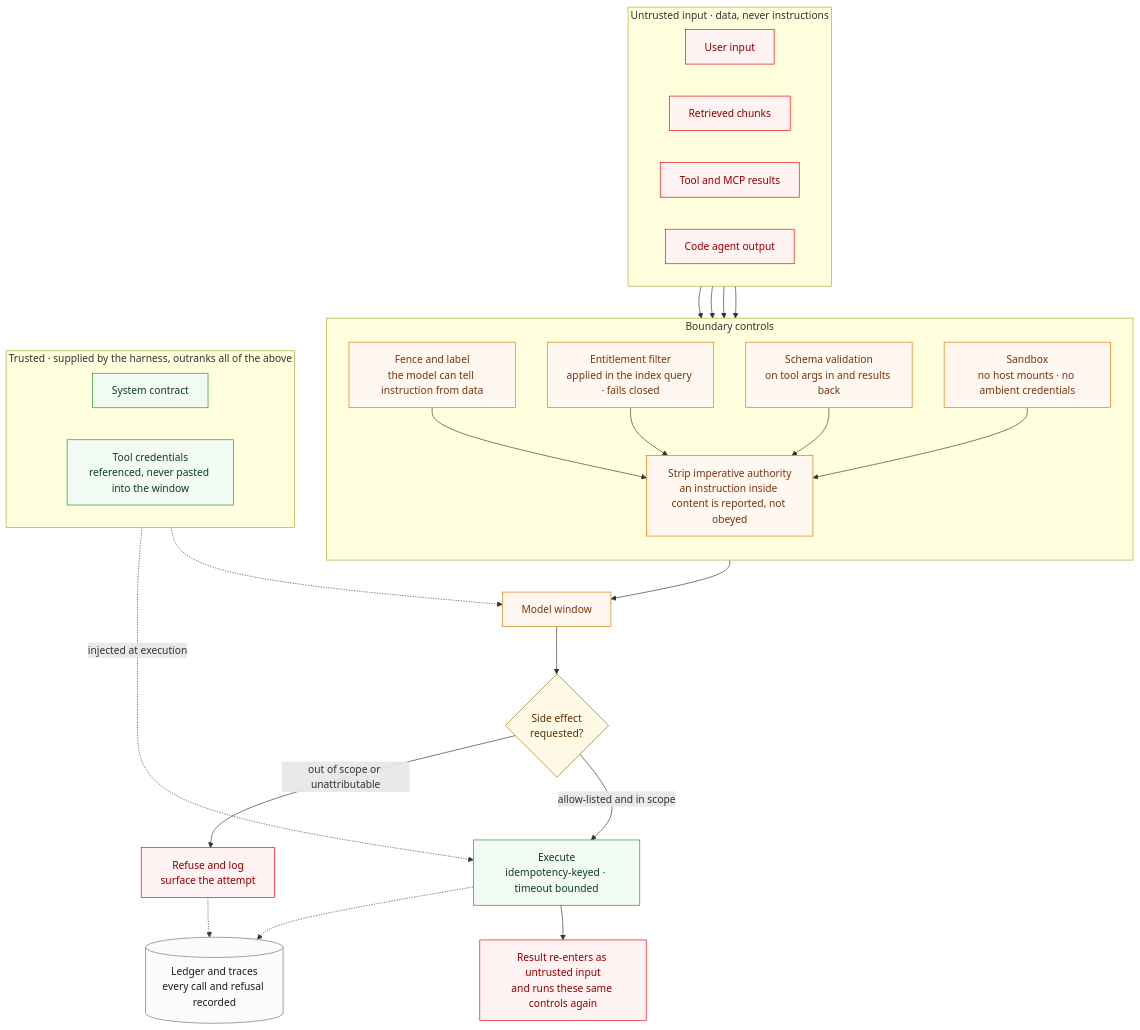
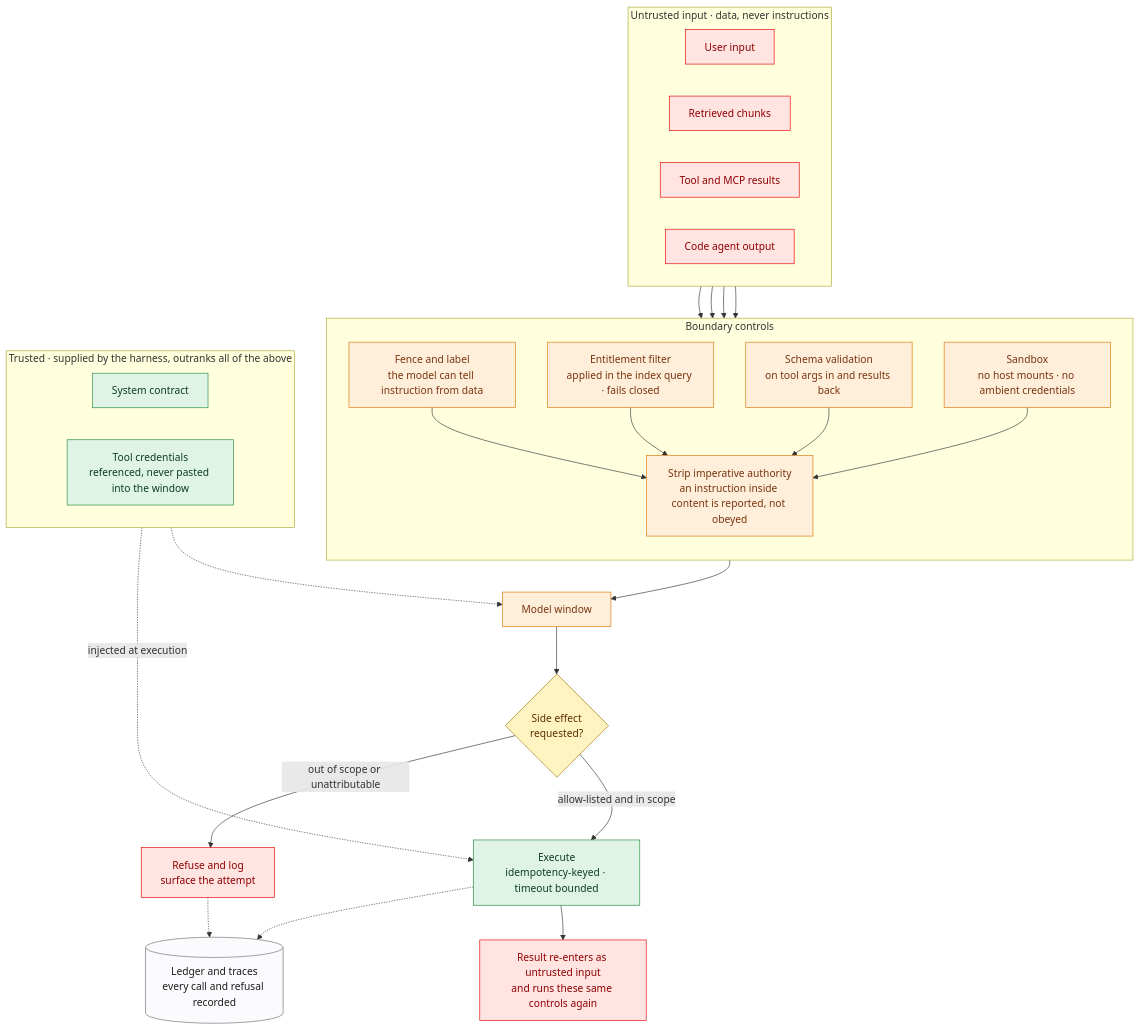
One commit to mlvpatel/open-weight-agent-stack changed the eighth of 18 diagrams in MANUAL.md. Above: the diagram before and after it, drawn with Mermaid. The commit also changed other lines of this file and 36 other files, not shown here.

First line of the commit message:
feat: render diagrams on Pages, richer palette

````diff
--- a/MANUAL.md
+++ b/MANUAL.md
@@ -711,64 +711,64 @@
 ```mermaid
 flowchart TB
     subgraph UNTRUSTED["Untrusted input · data, never instructions"]
         direction LR
         U1["User input"]
         U2["Retrieved chunks"]
         U3["Tool and MCP results"]
         U4["Code agent output"]
     end
 
     subgraph DEFENCE["Boundary controls"]
         direction TB
         D1["Fence and label<br/>the model can tell instruction from data"]
         D2["Strip imperative authority<br/>an instruction inside content is reported, not obeyed"]
         D3["Entitlement filter<br/>applied in the index query · fails closed"]
         D4["Schema validation<br/>on tool args in and results back"]
         D5["Sandbox<br/>no host mounts · no ambient credentials"]
     end
 
     subgraph TRUSTED["Trusted · supplied by the harness, outranks all of the above"]
         direction LR
         T1["System contract"]
         T2["Tool credentials<br/>referenced, never pasted into the window"]
     end
 
     MODEL["Model window"]
     EGRESS{"Side effect<br/>requested?"}
     ACT["Execute<br/>idempotency-keyed · timeout bounded"]
     DENY["Refuse and log<br/>surface the attempt"]
     REENTER["Result re-enters as untrusted input<br/>and runs these same controls again"]
     LEDGER[("Ledger and traces<br/>every call and refusal recorded")]
 
     U1 --> D1
     U2 --> D3
     U3 --> D4
     U4 --> D5
     D1 --> D2
     D3 --> D2
     D4 --> D2
     D5 --> D2
     D2 --> MODEL
     T1 -.-> MODEL
     T2 -.->|injected at execution| ACT
 
     MODEL --> EGRESS
     EGRESS -->|allow-listed and in scope| ACT
     EGRESS -->|out of scope or unattributable| DENY
     ACT --> REENTER
     ACT -.-> LEDGER
     DENY -.-> LEDGER
 
-    classDef untrusted fill:#fff2f2,stroke:#e30000,color:#8f0000
-    classDef control fill:#fff8f0,stroke:#d97706,color:#78350f
-    classDef trusted fill:#f2faf4,stroke:#248a3d,color:#0f3d23
-    classDef decision fill:#fff9e6,stroke:#997404,color:#5c2e00
+    classDef untrusted fill:#ffe4e2,stroke:#e30000,color:#8f0000
+    classDef control fill:#ffeeda,stroke:#d97706,color:#78350f
+    classDef trusted fill:#dff3e6,stroke:#248a3d,color:#0f3d23
+    classDef decision fill:#fff3c2,stroke:#997404,color:#5c2e00
     classDef store fill:#fbfbfd,stroke:#6e6e73,color:#1d1d1f
 
     class U1,U2,U3,U4,REENTER untrusted
     class D1,D2,D3,D4,D5,MODEL control
     class T1,T2,ACT trusted
     class EGRESS decision
     class DENY untrusted
     class LEDGER store
 ```
````
